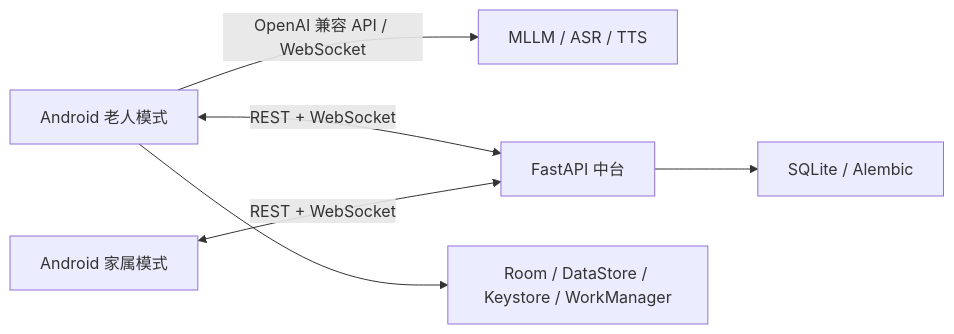
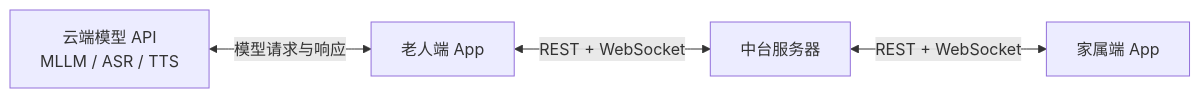
Before and after one commit to Bytes-Lin/SilverAgeAssistant: the first of 4 diagrams in README.md, drawn with Mermaid. The commit also changed other lines of this file, not shown here.

Commit message:
docs: refresh project and agent architecture overview

````diff
--- a/README.md
+++ b/README.md
@@ -49,8 +60,6 @@
 ```mermaid
 flowchart LR
-    E["Android 老人模式"] -->|"OpenAI 兼容 API / WebSocket"| AI["MLLM / ASR / TTS"]
-    E <-->|"REST + WebSocket"| S["FastAPI 中台"]
-    F["Android 家属模式"] <-->|"REST + WebSocket"| S
-    E --> L["Room / DataStore / Keystore / WorkManager"]
-    S --> DB["SQLite / Alembic"]
+    Models["云端模型 API<br/>MLLM / ASR / TTS"] <-->|"模型请求与响应"| Elder["老人端 App"]
+    Elder <-->|"REST + WebSocket"| Server["中台服务器"]
+    Server <-->|"REST + WebSocket"| Family["家属端 App"]
 ```
````
